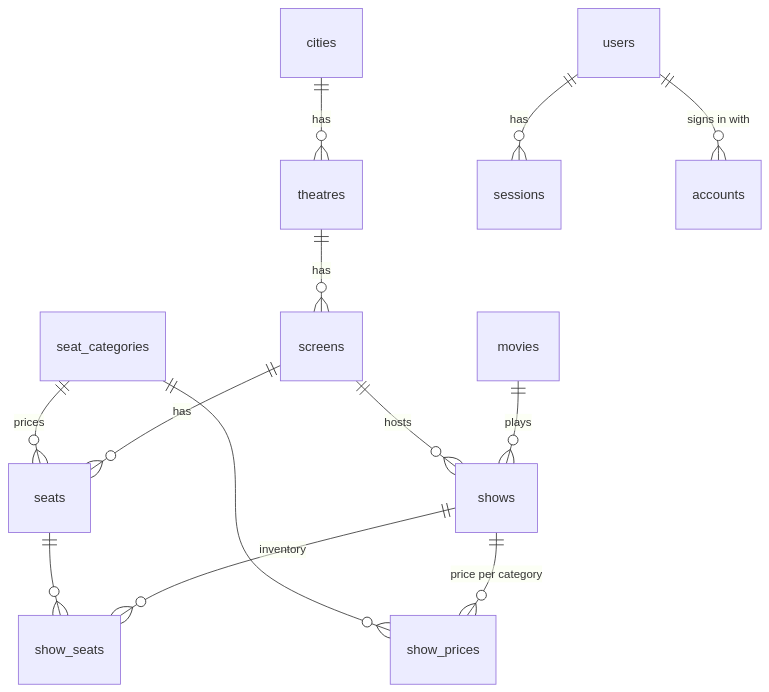
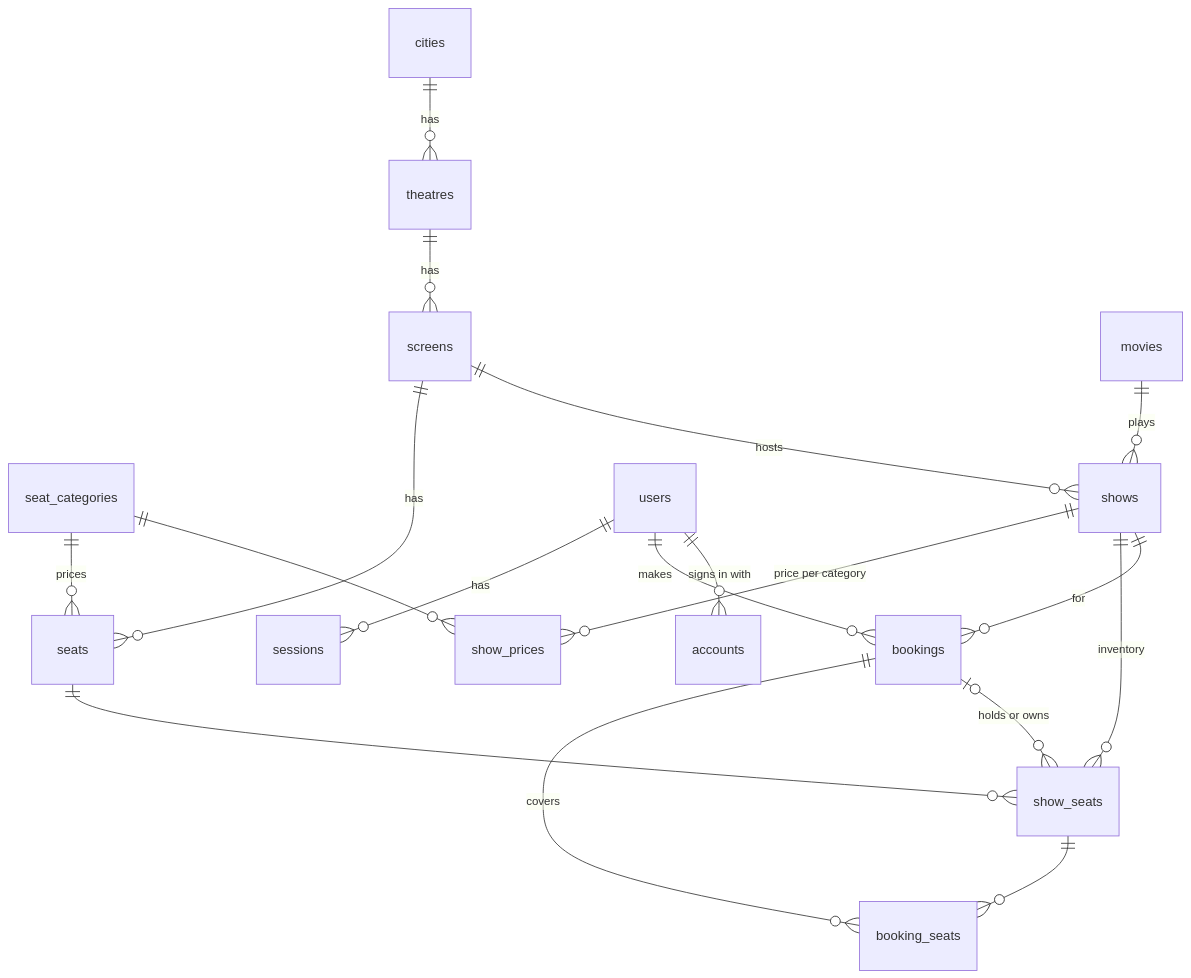
One commit to tilak-raaz/Tixora changed the diagram in docs/architecture.md. Above: the diagram before and after it, drawn with Mermaid. The commit also changed other lines of this file and 5 other files, not shown here.

Commit message:
feat(booking): add bookings schema with seat ownership rules (#4)

````diff
--- a/docs/architecture.md
+++ b/docs/architecture.md
@@ -49,15 +49,20 @@
 ```mermaid
 erDiagram
     cities ||--o{ theatres : has
     theatres ||--o{ screens : has
     screens ||--o{ seats : has
     seat_categories ||--o{ seats : prices
     movies ||--o{ shows : plays
     screens ||--o{ shows : hosts
     shows ||--o{ show_prices : "price per category"
     seat_categories ||--o{ show_prices : ""
     shows ||--o{ show_seats : "inventory"
     seats ||--o{ show_seats : ""
     users ||--o{ sessions : has
+    users ||--o{ bookings : makes
+    shows ||--o{ bookings : for
+    bookings ||--o{ booking_seats : covers
+    show_seats ||--o{ booking_seats : ""
+    bookings |o--o{ show_seats : "holds or owns"
     users ||--o{ accounts : "signs in with"
 ```
````
